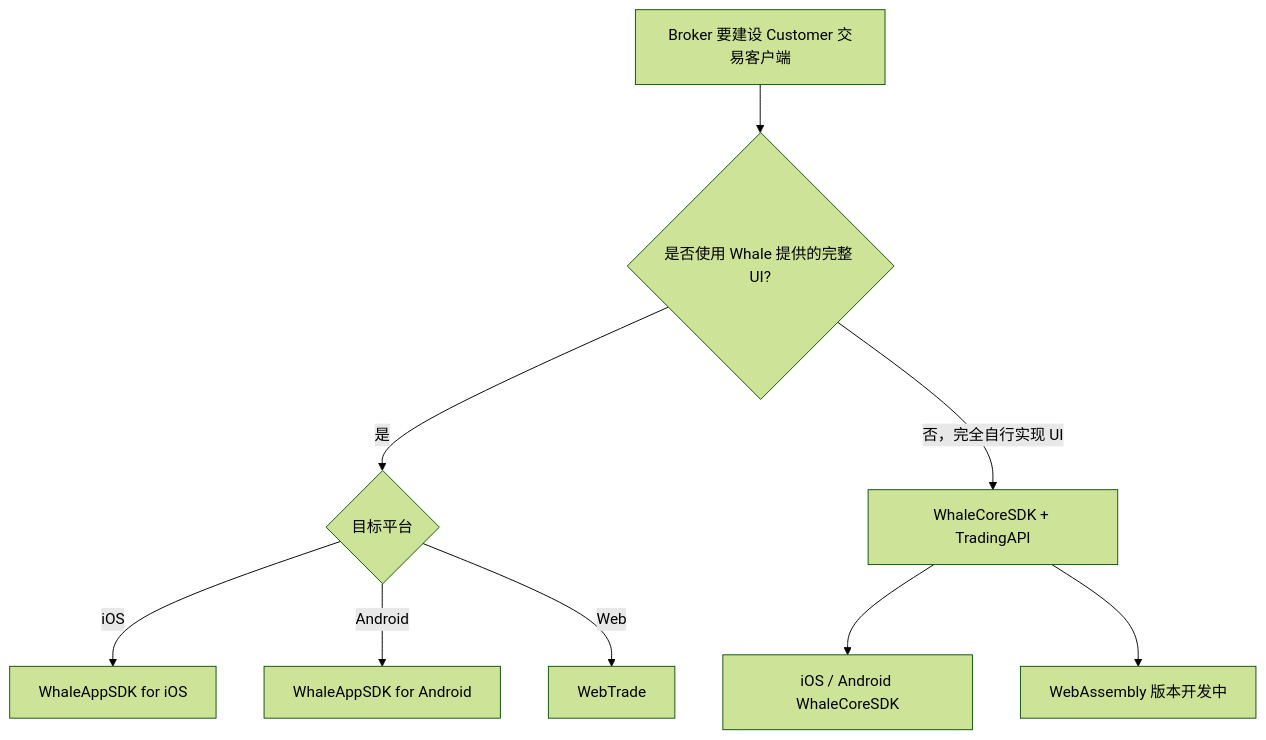
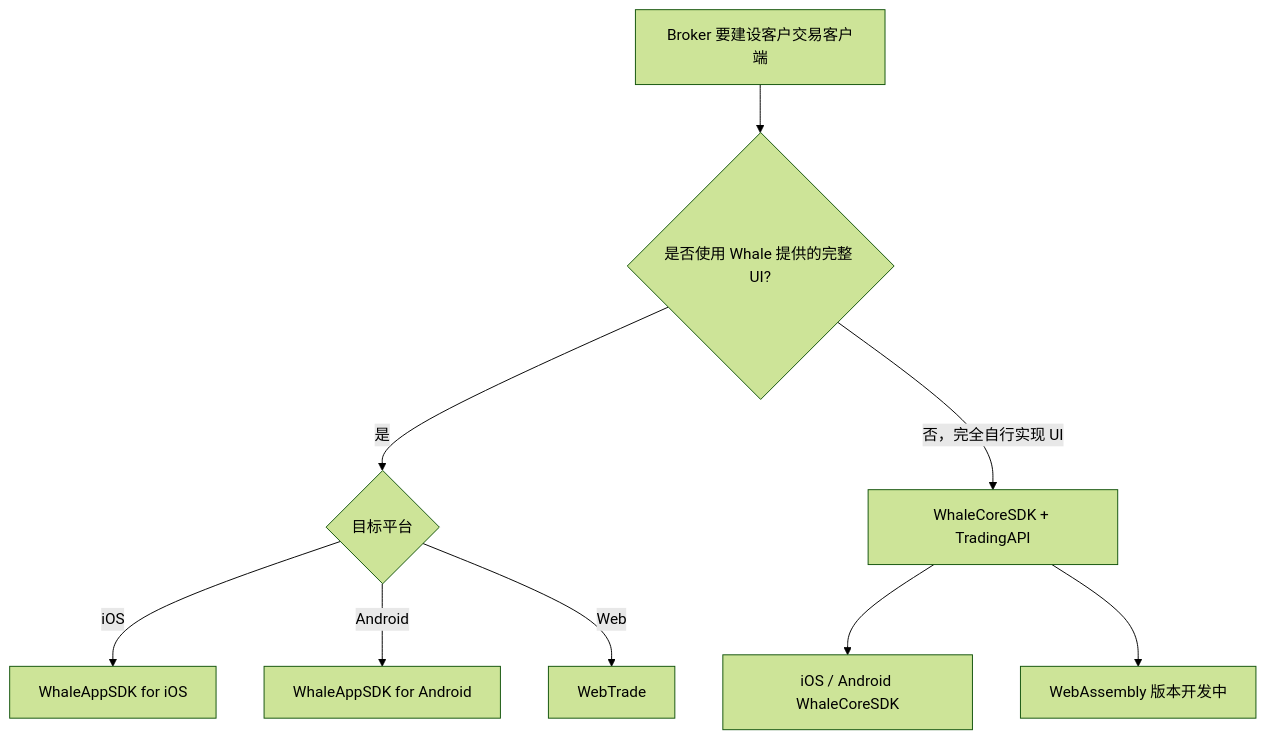
Before and after one commit to longbridge/whale-docs: the diagram in docs/zh-CN/docs/integration-options.mdx, drawn with Mermaid (forest theme). The commit also changed other lines of this file and 72 other files, not shown here.

````diff
--- a/docs/zh-CN/docs/integration-options.mdx
+++ b/docs/zh-CN/docs/integration-options.mdx
@@ -22,11 +22,11 @@
 ```mermaid
 flowchart TD
-    A[Broker 要建设 Customer 交易客户端] --> B{是否使用 Whale 提供的完整 UI?}
+    A[Broker 要建设客户交易客户端] --> B{是否使用 Whale 提供的完整 UI?}
     B -- 是 --> C{目标平台}
     C -- iOS --> D[WhaleAppSDK for iOS]
     C -- Android --> E[WhaleAppSDK for Android]
     C -- Web --> F[WebTrade]
     B -- 否，完全自行实现 UI --> G[WhaleCoreSDK + TradingAPI]
     G --> H[iOS / Android WhaleCoreSDK]
     G --> I[WebAssembly 版本开发中]
 ```
````
